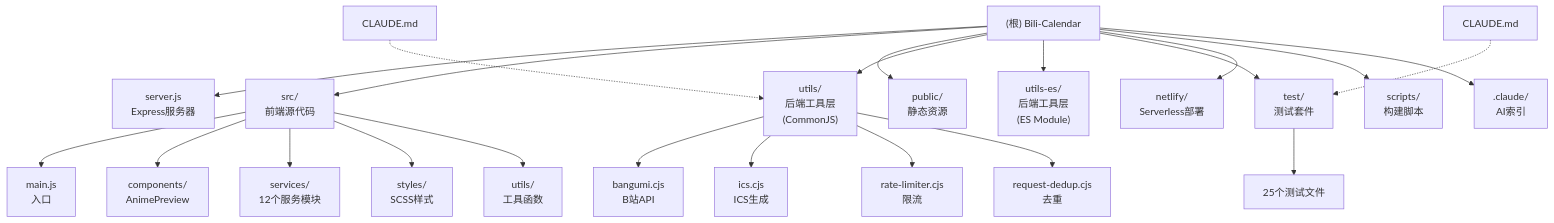
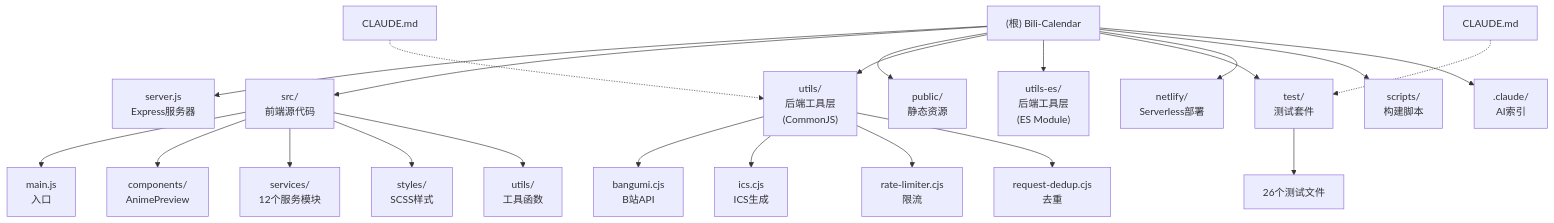
One commit to Silentely/Bili-Calendar changed the diagram in CLAUDE.md. Above: the diagram before and after it, drawn with Mermaid. The commit also changed other lines of this file and 1 other file, not shown here.

````diff
--- a/CLAUDE.md
+++ b/CLAUDE.md
@@ -117,31 +118,31 @@
 ```mermaid
 graph TD
     Root["(根) Bili-Calendar"] --> Server["server.js<br/>Express服务器"]
     Root --> Src["src/<br/>前端源代码"]
     Root --> Public["public/<br/>静态资源"]
     Root --> Utils["utils/<br/>后端工具层<br/>(CommonJS)"]
     Root --> UtilsES["utils-es/<br/>后端工具层<br/>(ES Module)"]
     Root --> Test["test/<br/>测试套件"]
     Root --> Netlify["netlify/<br/>Serverless部署"]
     Root --> Scripts["scripts/<br/>构建脚本"]
     Root --> Claude[".claude/<br/>AI索引"]
 
     Src --> SrcMain["main.js<br/>入口"]
     Src --> SrcComponents["components/<br/>AnimePreview"]
     Src --> SrcServices["services/<br/>12个服务模块"]
     Src --> SrcStyles["styles/<br/>SCSS样式"]
     Src --> SrcUtils["utils/<br/>工具函数"]
 
     Utils --> Bangumi["bangumi.cjs<br/>B站API"]
     Utils --> Ics["ics.cjs<br/>ICS生成"]
     Utils --> RateLimiter["rate-limiter.cjs<br/>限流"]
     Utils --> RequestDedup["request-dedup.cjs<br/>去重"]
 
-    Test --> TestFiles["25个测试文件"]
+    Test --> TestFiles["26个测试文件"]
 
     UtilsCLAUDE["CLAUDE.md"] -.-> Utils
     TestCLAUDE["CLAUDE.md"] -.-> Test
 
     click Utils "./utils/CLAUDE.md" "查看工具层文档"
     click Test "./test/CLAUDE.md" "查看测试文档"
 ```
````
